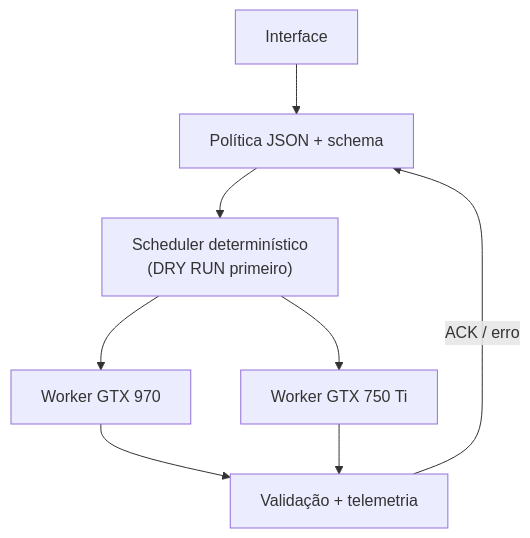
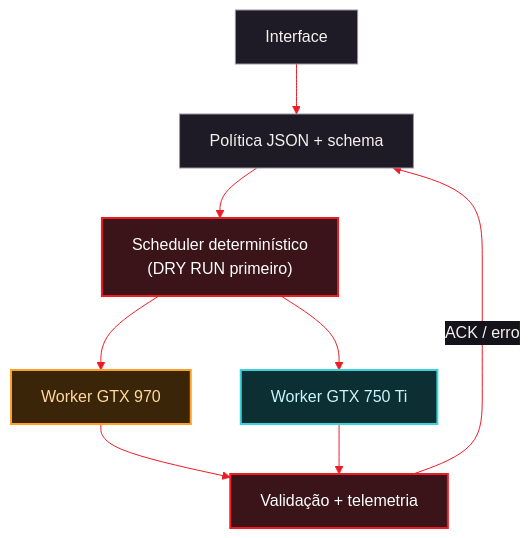
Before and after one commit to Bruno-Gadelha25/nexo-dual-gpu-lab: the diagram in docs/gpu-control.md, drawn with Mermaid. The commit also changed 3 other files, not shown here.

First line of the commit message:
docs: diagramas Mermaid com tema escuro e cores por placa

````diff
--- a/docs/gpu-control.md
+++ b/docs/gpu-control.md
@@ -61,10 +61,19 @@
 ```mermaid
+%%{init: {"theme":"base","themeVariables":{"primaryColor":"#1f1b26","primaryTextColor":"#f4f2ee","primaryBorderColor":"#ee1c25","lineColor":"#ee1c25","secondaryColor":"#2a2533","tertiaryColor":"#1a1720","clusterBkg":"#18151d","clusterBorder":"#77708a","edgeLabelBackground":"#14121a","fontFamily":"Segoe UI, Arial, sans-serif","actorBkg":"#1f1b26","actorBorder":"#ee1c25","actorTextColor":"#f4f2ee","actorLineColor":"#9a94a8","signalColor":"#ee1c25","signalTextColor":"#14121a","noteBkgColor":"#3a1418","noteTextColor":"#f4f2ee","noteBorderColor":"#ee1c25","labelBoxBkgColor":"#1f1b26","labelBoxBorderColor":"#ee1c25","labelTextColor":"#f4f2ee","loopTextColor":"#f4f2ee","activationBkgColor":"#3a1418"}}}%%
 flowchart TB
   UI[Interface] --> P[Política JSON + schema]
   P --> S["Scheduler determinístico<br/>(DRY RUN primeiro)"]
   S --> W0[Worker GTX 970]
   S --> W1[Worker GTX 750 Ti]
   W0 --> V[Validação + telemetria]
   W1 --> V
   V -->|ACK / erro| P
+  classDef g970 fill:#3a2508,stroke:#ffa028,color:#ffd9a0,stroke-width:2px
+  classDef g750 fill:#0b2f33,stroke:#3cd2dc,color:#c8f6fa,stroke-width:2px
+  classDef eng fill:#3a1418,stroke:#ee1c25,color:#ffffff,stroke-width:2px
+  classDef data fill:#1f1b26,stroke:#9a94a8,color:#f4f2ee,stroke-width:1px
+  class UI,P data
+  class S,V eng
+  class W0 g970
+  class W1 g750
 ```
````
